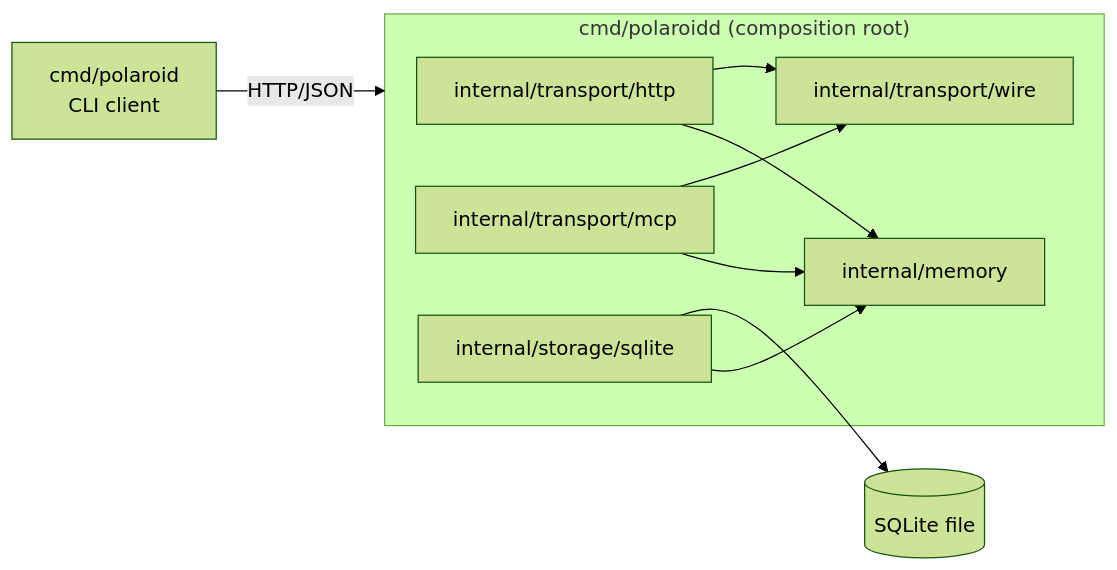
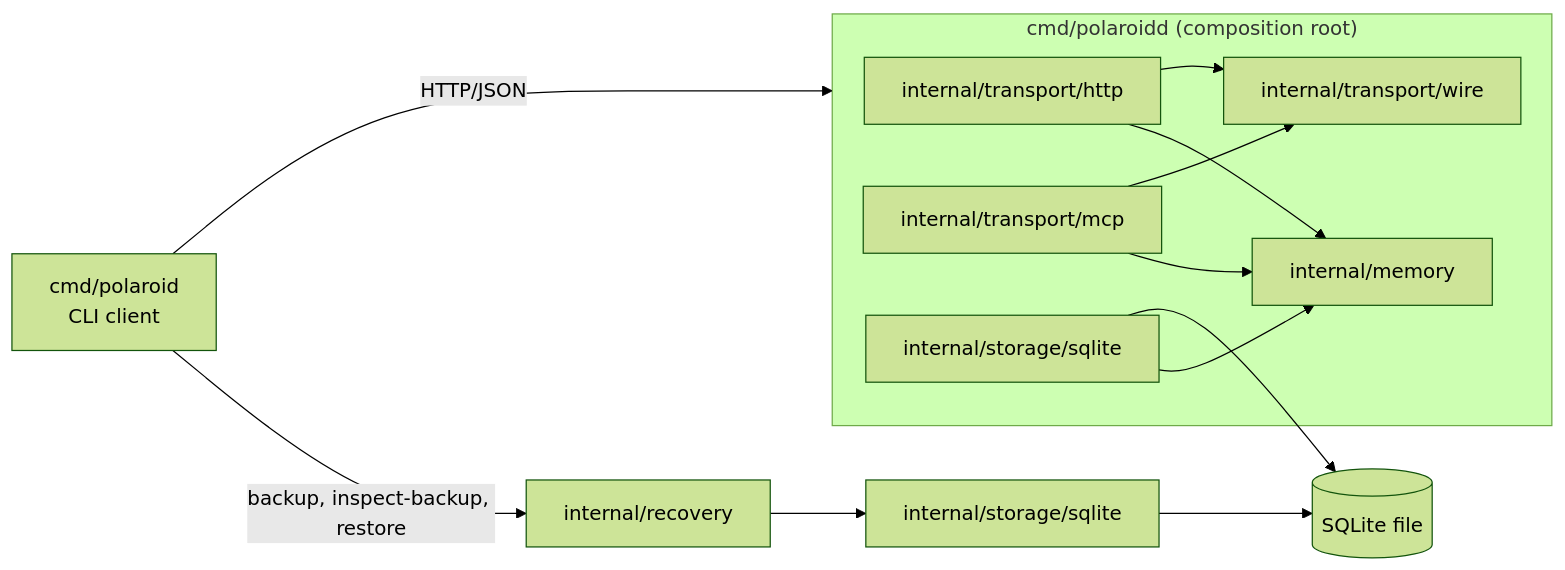
Before and after one commit to ashuangiras/polaroid: the diagram in docs/architecture/overview.md, drawn with Mermaid (forest theme). The commit also changed other lines of this file and 4 other files, not shown here.

First line of the commit message:
docs: backup, inspection and restore (refs #56)

````diff
--- a/docs/architecture/overview.md
+++ b/docs/architecture/overview.md
@@ -11,12 +11,15 @@
 ```mermaid
 flowchart LR
   cli["cmd/polaroid<br/>CLI client"] -- HTTP/JSON --> daemon
+  cli -- "backup, inspect-backup, restore" --> recovery["internal/recovery"]
+  recovery --> rsqlite["internal/storage/sqlite"]
+  rsqlite --> db
   subgraph daemon["cmd/polaroidd (composition root)"]
     transport["internal/transport/http"] --> memory["internal/memory"]
     mcpt["internal/transport/mcp"] --> memory
     transport --> wire["internal/transport/wire"]
     mcpt --> wire
     sqlite["internal/storage/sqlite"] --> memory
   end
   sqlite --> db[("SQLite file")]
 ```
````
